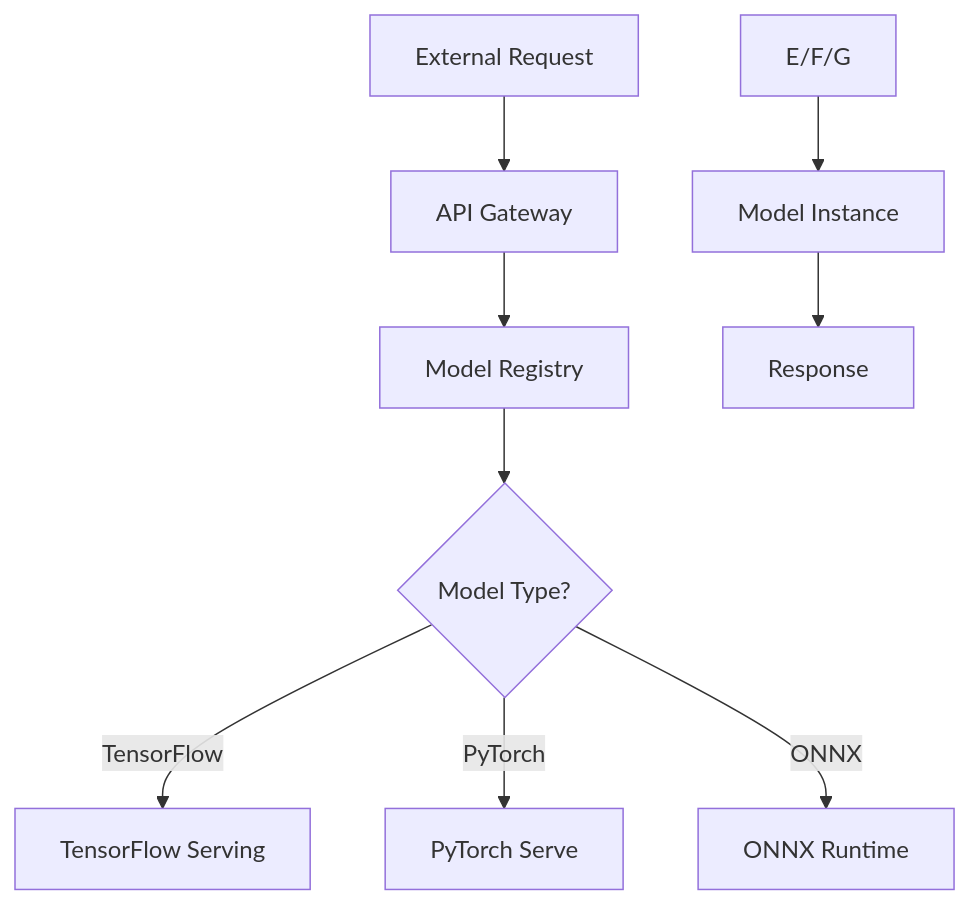
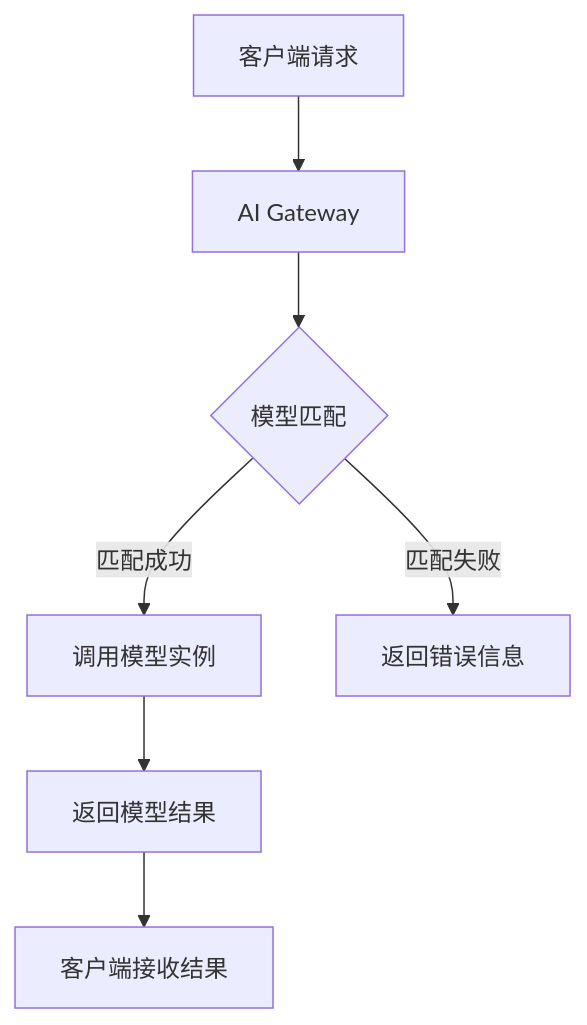
Before and after one commit to ape902/laoguo.github.io: the first of 4 diagrams in content/posts/2026-03-17-tech-article.md, drawn with Mermaid. The commit also changed other lines of this file, not shown here.

````diff
--- a/content/posts/2026-03-17-tech-article.md
+++ b/content/posts/2026-03-17-tech-article.md
@@ -57,11 +62,9 @@
 ```mermaid
 graph TD
-    A[External Request] --> B[API Gateway]
-    B --> C[Model Registry]
-    C --> D{Model Type?}
-    D -->|TensorFlow| E[TensorFlow Serving]
-    D -->|PyTorch| F[PyTorch Serve]
-    D -->|ONNX| G[ONNX Runtime]
-    E/F/G --> H[Model Instance]
-    H --> I[Response]
+    A[客户端请求] --> B[AI Gateway]
+    B --> C{模型匹配}
+    C -->|匹配成功| D[调用模型实例]
+    C -->|匹配失败| E[返回错误信息]
+    D --> F[返回模型结果]
+    F --> G[客户端接收结果]
 ```
````
